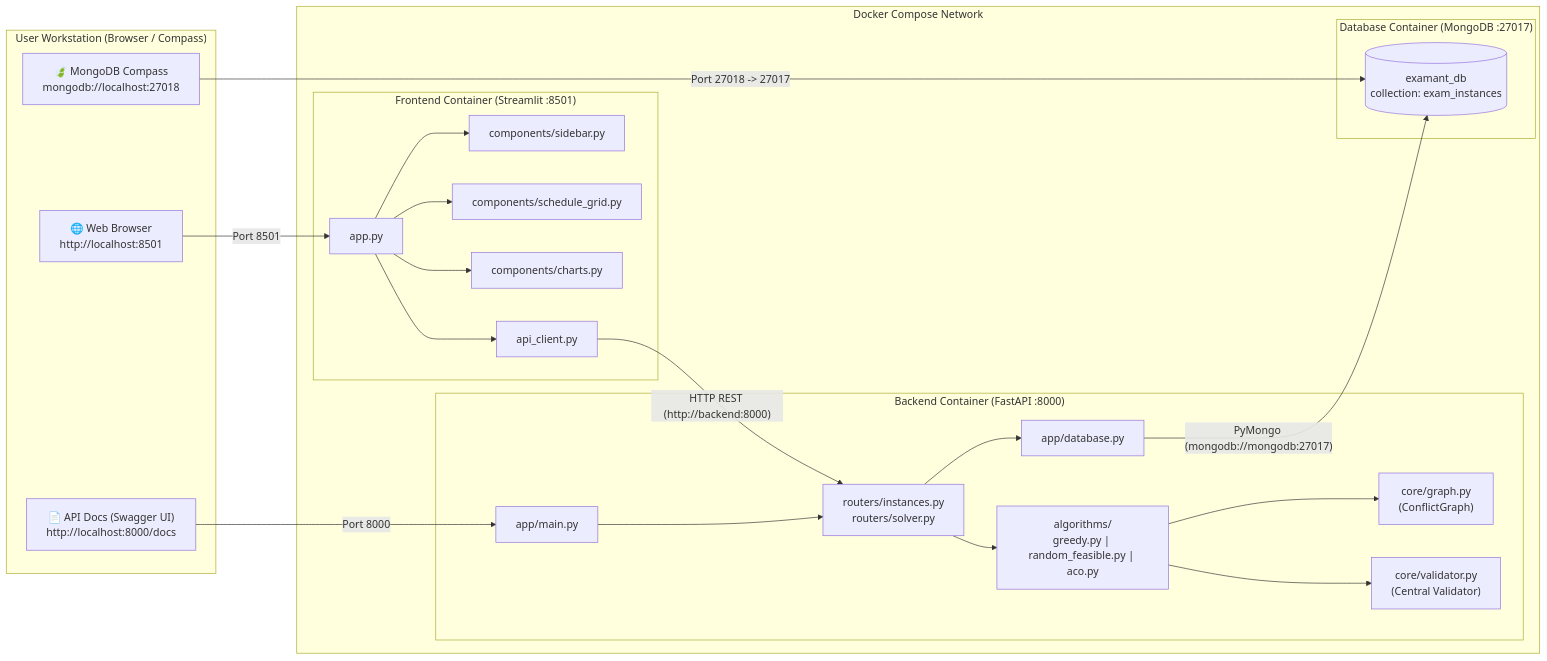
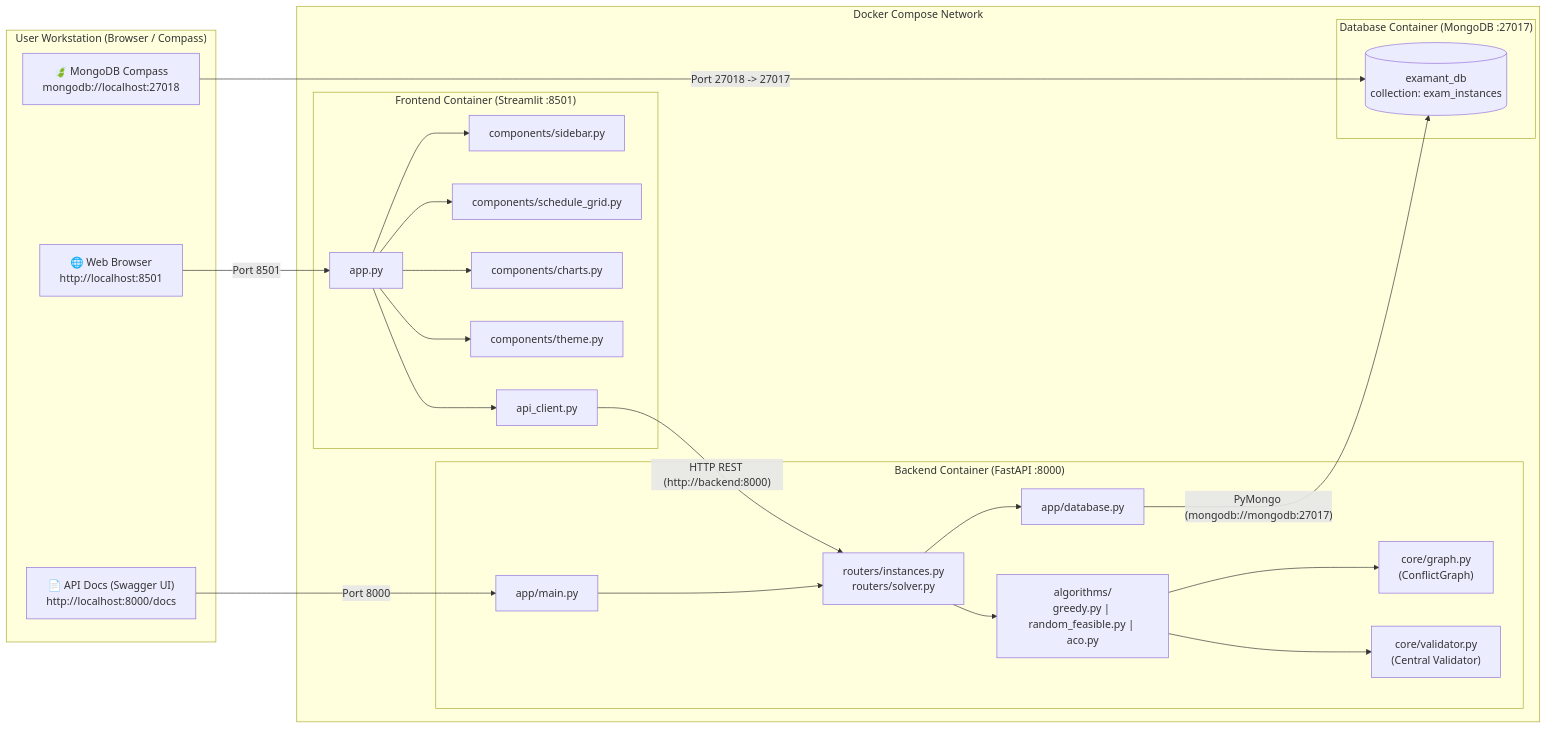
The first of 2 diagrams in docs/03-system-architecture.md (098ff/examant-ai2), drawn with Mermaid before and after one commit. The commit also changed 13 other files, not shown here.

````diff
--- a/docs/03-system-architecture.md
+++ b/docs/03-system-architecture.md
@@ -13,45 +13,46 @@
 ```mermaid
 flowchart LR
     subgraph UserMachine["User Workstation (Browser / Compass)"]
         Browser["🌐 Web Browser\nhttp://localhost:8501"]
         Swagger["📄 API Docs (Swagger UI)\nhttp://localhost:8000/docs"]
         Compass["🍃 MongoDB Compass\nmongodb://localhost:27018"]
     end
 
     subgraph DockerNet["Docker Compose Network"]
         subgraph FE["Frontend Container (Streamlit :8501)"]
             AppPy["app.py"]
             Sidebar["components/sidebar.py"]
             Grid["components/schedule_grid.py"]
             Charts["components/charts.py"]
+            Theme["components/theme.py"]
             Client["api_client.py"]
         end
 
         subgraph BE["Backend Container (FastAPI :8000)"]
             MainPy["app/main.py"]
             Routers["routers/instances.py\nrouters/solver.py"]
             Graph["core/graph.py\n(ConflictGraph)"]
             Validator["core/validator.py\n(Central Validator)"]
             Algos["algorithms/\ngreedy.py | random_feasible.py | aco.py"]
             DBLayer["app/database.py"]
         end
 
         subgraph DB["Database Container (MongoDB :27017)"]
             MongoCol[("examant_db\ncollection: exam_instances")]
         end
     end
 
     Browser -->|"Port 8501"| AppPy
     Swagger -->|"Port 8000"| MainPy
     Compass -->|"Port 27018 -> 27017"| MongoCol
 
-    AppPy --> Sidebar & Grid & Charts
+    AppPy --> Sidebar & Grid & Charts & Theme
     AppPy --> Client
     Client -->|"HTTP REST (http://backend:8000)"| Routers
     MainPy --> Routers
     Routers --> DBLayer
     DBLayer -->|"PyMongo (mongodb://mongodb:27017)"| MongoCol
     Routers --> Algos
     Algos --> Graph
     Algos --> Validator
 ```
````
